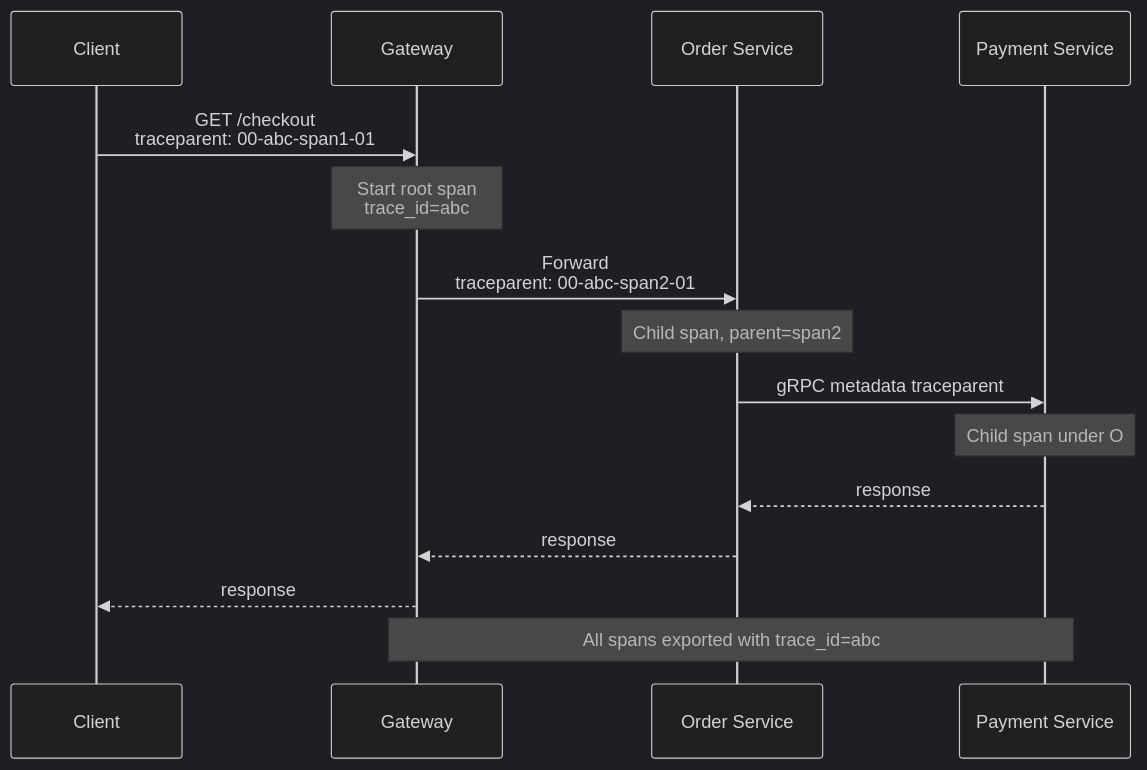
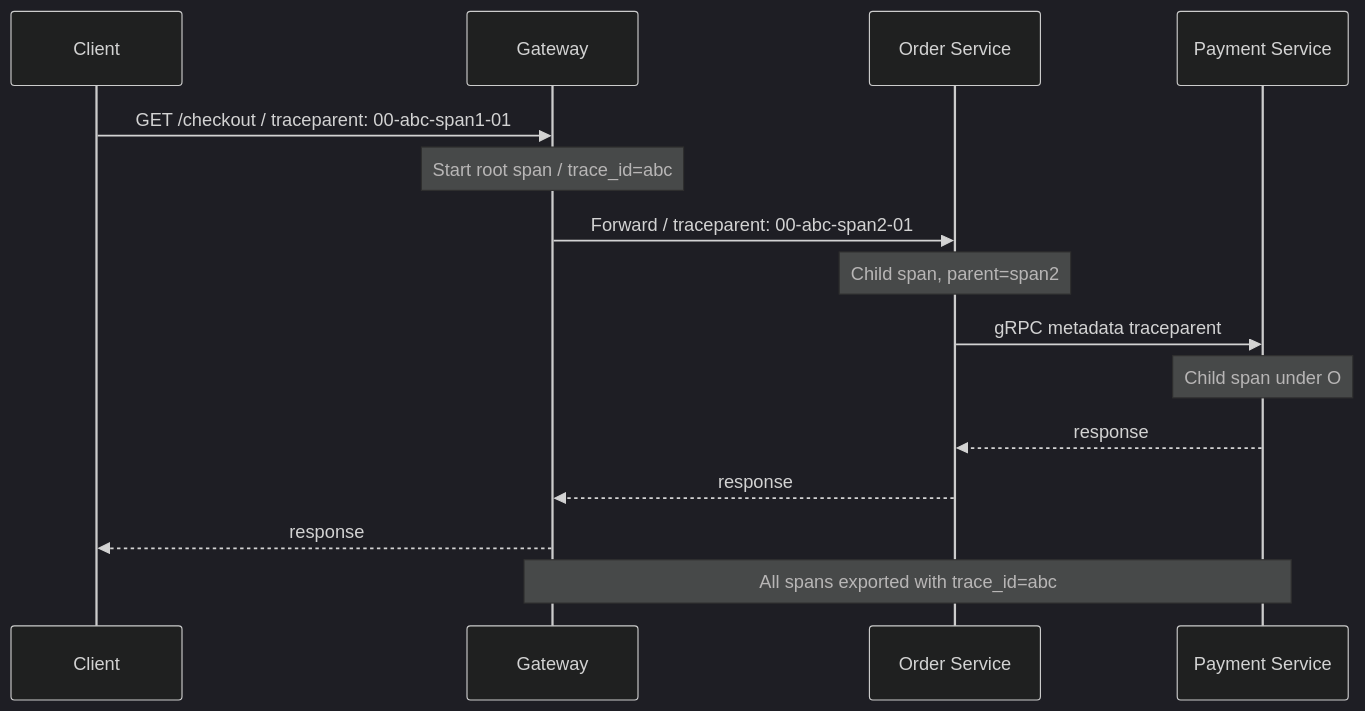
One commit to hareramcse/SystemDesign changed the eighth of 20 diagrams in 09-observability/README.md. Above: the diagram before and after it, drawn with Mermaid (dark theme). The commit also changed other lines of this file and 14 other files, not shown here.

````diff
--- a/09-observability/README.md
+++ b/09-observability/README.md
@@ -396,18 +396,18 @@
 ```mermaid
 sequenceDiagram
     participant C as Client
     participant GW as Gateway
     participant O as Order Service
     participant P as Payment Service
 
-    C->>GW: GET /checkout<br/>traceparent: 00-abc-span1-01
-    Note over GW: Start root span<br/>trace_id=abc
-    GW->>O: Forward<br/>traceparent: 00-abc-span2-01
+    C->>GW: GET /checkout / traceparent: 00-abc-span1-01
+    Note over GW: Start root span / trace_id=abc
+    GW->>O: Forward / traceparent: 00-abc-span2-01
     Note over O: Child span, parent=span2
     O->>P: gRPC metadata traceparent
     Note over P: Child span under O
     P-->>O: response
     O-->>GW: response
     GW-->>C: response
     Note over GW,P: All spans exported with trace_id=abc
 ```
````
